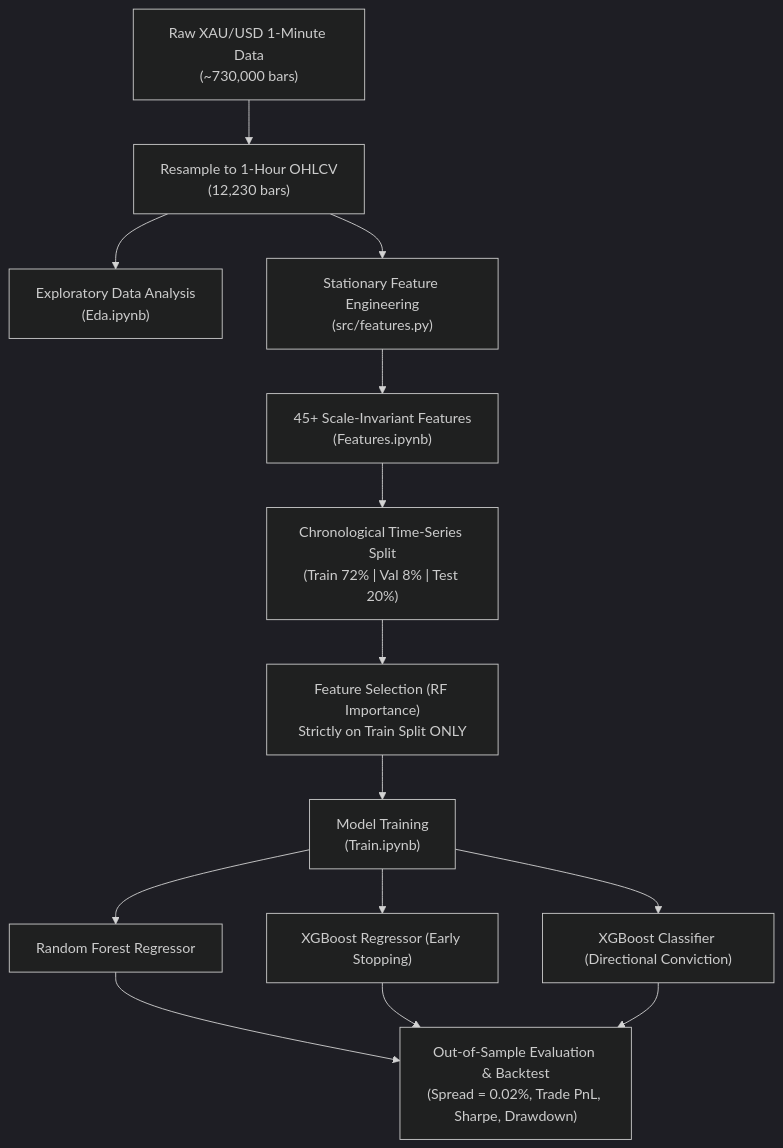
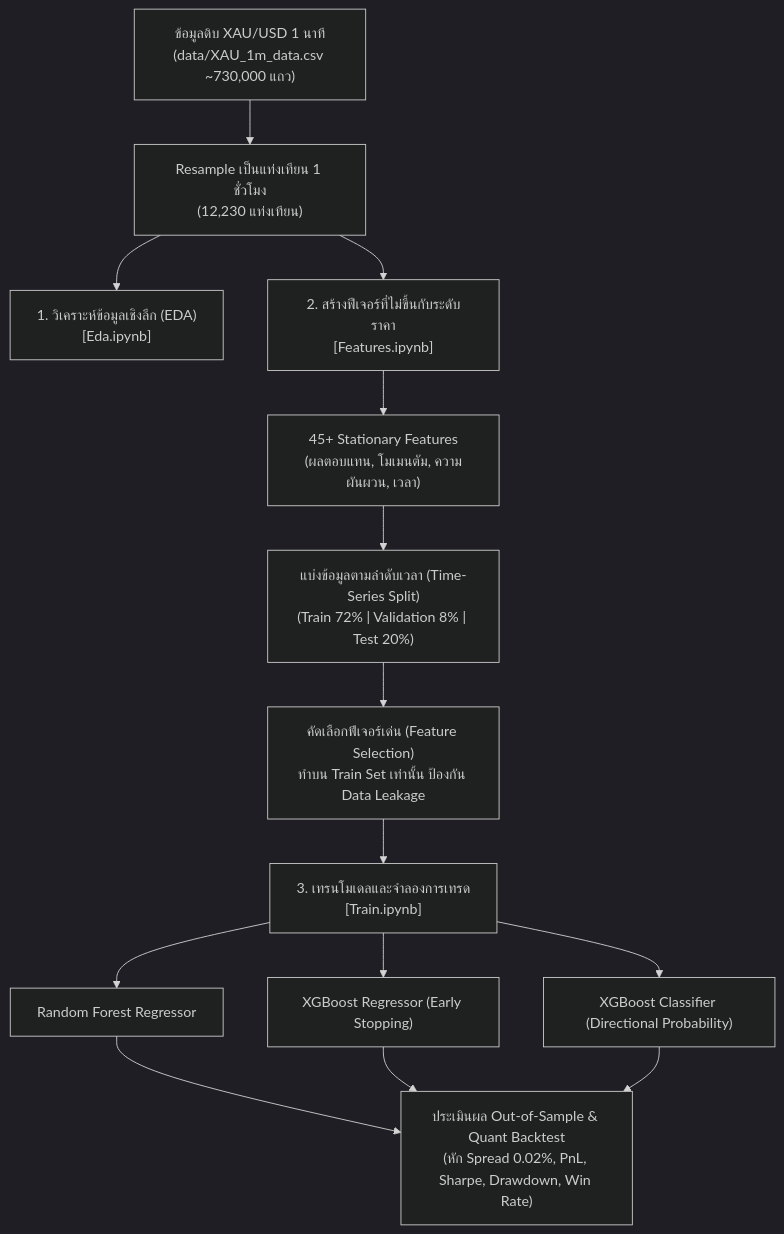
The diagram in README.md (K-vi20/GoldMind), drawn with Mermaid (dark theme) before and after one commit. The commit also changed other lines of this file and 9 other files, not shown here.

````diff
--- a/README.md
+++ b/README.md
@@ -11,14 +13,14 @@
 ```mermaid
 flowchart TD
-    A["Raw XAU/USD 1-Minute Data\n(~730,000 bars)"] --> B["Resample to 1-Hour OHLCV\n(12,230 bars)"]
-    B --> C["Exploratory Data Analysis\n(Eda.ipynb)"]
-    B --> D["Stationary Feature Engineering\n(src/features.py)"]
-    D --> E["45+ Scale-Invariant Features\n(Features.ipynb)"]
-    E --> F["Chronological Time-Series Split\n(Train 72% | Val 8% | Test 20%)"]
-    F --> G["Feature Selection (RF Importance)\nStrictly on Train Split ONLY"]
-    G --> H["Model Training\n(Train.ipynb)"]
+    A["ข้อมูลดิบ XAU/USD 1 นาที\n(data/XAU_1m_data.csv ~730,000 แถว)"] --> B["Resample เป็นแท่งเทียน 1 ชั่วโมง\n(12,230 แท่งเทียน)"]
+    B --> C["1. วิเคราะห์ข้อมูลเชิงลึก (EDA)\n[Eda.ipynb]"]
+    B --> D["2. สร้างฟีเจอร์ที่ไม่ขึ้นกับระดับราคา\n[Features.ipynb]"]
+    D --> E["45+ Stationary Features\n(ผลตอบแทน, โมเมนตัม, ความผันผวน, เวลา)"]
+    E --> F["แบ่งข้อมูลตามลำดับเวลา (Time-Series Split)\n(Train 72% | Validation 8% | Test 20%)"]
+    F --> G["คัดเลือกฟีเจอร์เด่น (Feature Selection)\nทำบน Train Set เท่านั้น ป้องกัน Data Leakage"]
+    G --> H["3. เทรนโมเดลและจำลองการเทรด\n[Train.ipynb]"]
     H --> I["Random Forest Regressor"]
     H --> J["XGBoost Regressor (Early Stopping)"]
-    H --> K["XGBoost Classifier (Directional Conviction)"]
-    I & J & K --> L["Out-of-Sample Evaluation & Backtest\n(Spread = 0.02%, Trade PnL, Sharpe, Drawdown)"]
+    H --> K["XGBoost Classifier (Directional Probability)"]
+    I & J & K --> L["ประเมินผล Out-of-Sample & Quant Backtest\n(หัก Spread 0.02%, PnL, Sharpe, Drawdown, Win Rate)"]
 ```
````
